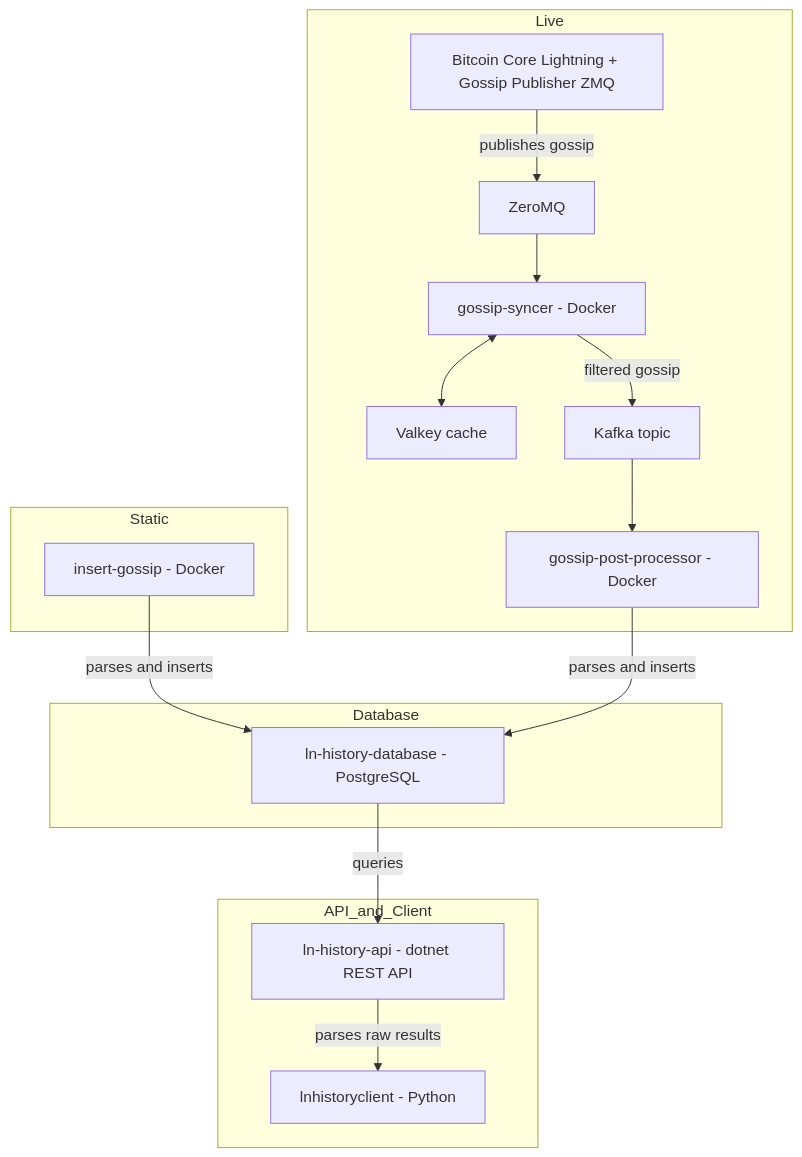
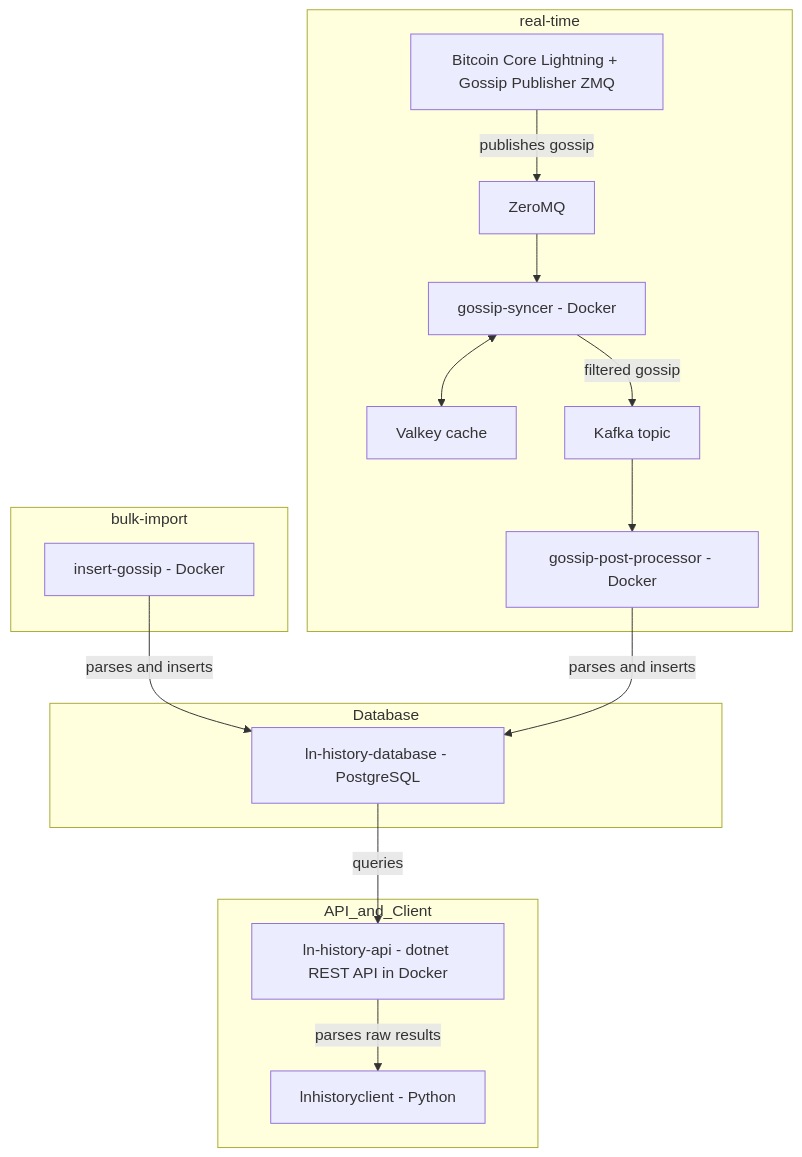
One commit to ln-history/documentation changed the diagram in docs/guide/index.mdx. Above: the diagram before and after it, drawn with Mermaid. The commit also changed other lines of this file and 15 other files, not shown here.

````diff
--- a/docs/guide/index.mdx
+++ b/docs/guide/index.mdx
@@ -21,34 +22,45 @@
 ```mermaid
 graph TD
     subgraph Database
         DB[ln-history-database - PostgreSQL]
     end
 
-    subgraph Static
+    subgraph bulk-import
         InsertGossip[insert-gossip - Docker]
         InsertGossip -->|parses and inserts| DB
     end
 
-    subgraph Live
-        LNNode[Bitcoin Core Lightning + Gossip Publisher ZMQ]
+    subgraph real-time
+        LightningNode[Bitcoin Core Lightning + Gossip Publisher ZMQ]
         ZMQ[ZeroMQ]
         GossipSyncer[gossip-syncer - Docker]
         Valkey[Valkey cache]
         Kafka[Kafka topic]
         PostProcessor[gossip-post-processor - Docker]
 
-        LNNode -->|publishes gossip| ZMQ
+        LightningNode -->|publishes gossip| ZMQ
         ZMQ --> GossipSyncer
         GossipSyncer <--> Valkey
         GossipSyncer -->|filtered gossip| Kafka
         Kafka --> PostProcessor
         PostProcessor -->|parses and inserts| DB
     end
 
     subgraph API_and_Client
-        API[ln-history-api - dotnet REST API]
+        API[ln-history-api - dotnet REST API in Docker]
         Client[lnhistoryclient - Python]
         DB -->|queries| API
         API -->|parses raw results| Client
     end
+
+    click DB "./database_creation.html" "Open Database - Creation documentation page"
+    click InsertGossip "./bulk_import/index.html" "Open Insert Gossip Service - Bulk gossip insert into database"
+    click LightningNode "./real_time/gossip_publisher_zmq.html" "Open Lightning Node with plugin - Node und Plugin setup page"
+    click ZMQ "https://zeromq.org/" "Open ZeroMQ website - Universal Messaging Library"
+    click GossipSyncer "./real_time/gossip_syncer.html" "Open Gossip Syncer Service - Subscribe to gossip from Lightning Node and send to Kafka in real time"
+    click Valkey "https://valkey.io/" "Open Valkey website - Redis fork to cache data"
+    click Kafka "https://kafka.apache.org/" "Open Kafka website - Distributed event streaming platform"
+    click PostProcessor "./real_time/gossip_post_processor.html" "Open Gossip Post Processor Service - Consume gossip messages from Kafka and add to database in real time"
+    click API "./backend.html" "Open Backend - Request database and send results to client"
+    click Client "./direct_request/index.html" "Open Client for direct requests - Request backend and parses results"
 ```
````
